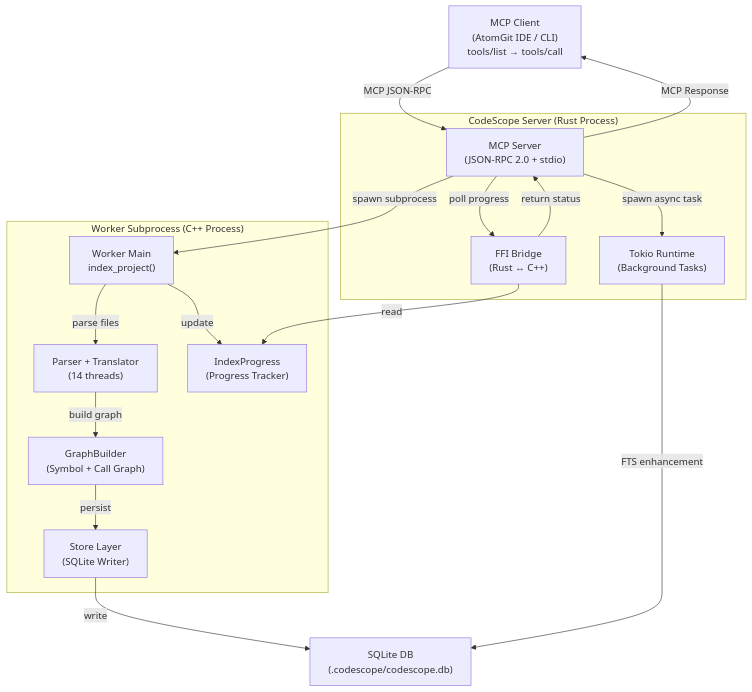
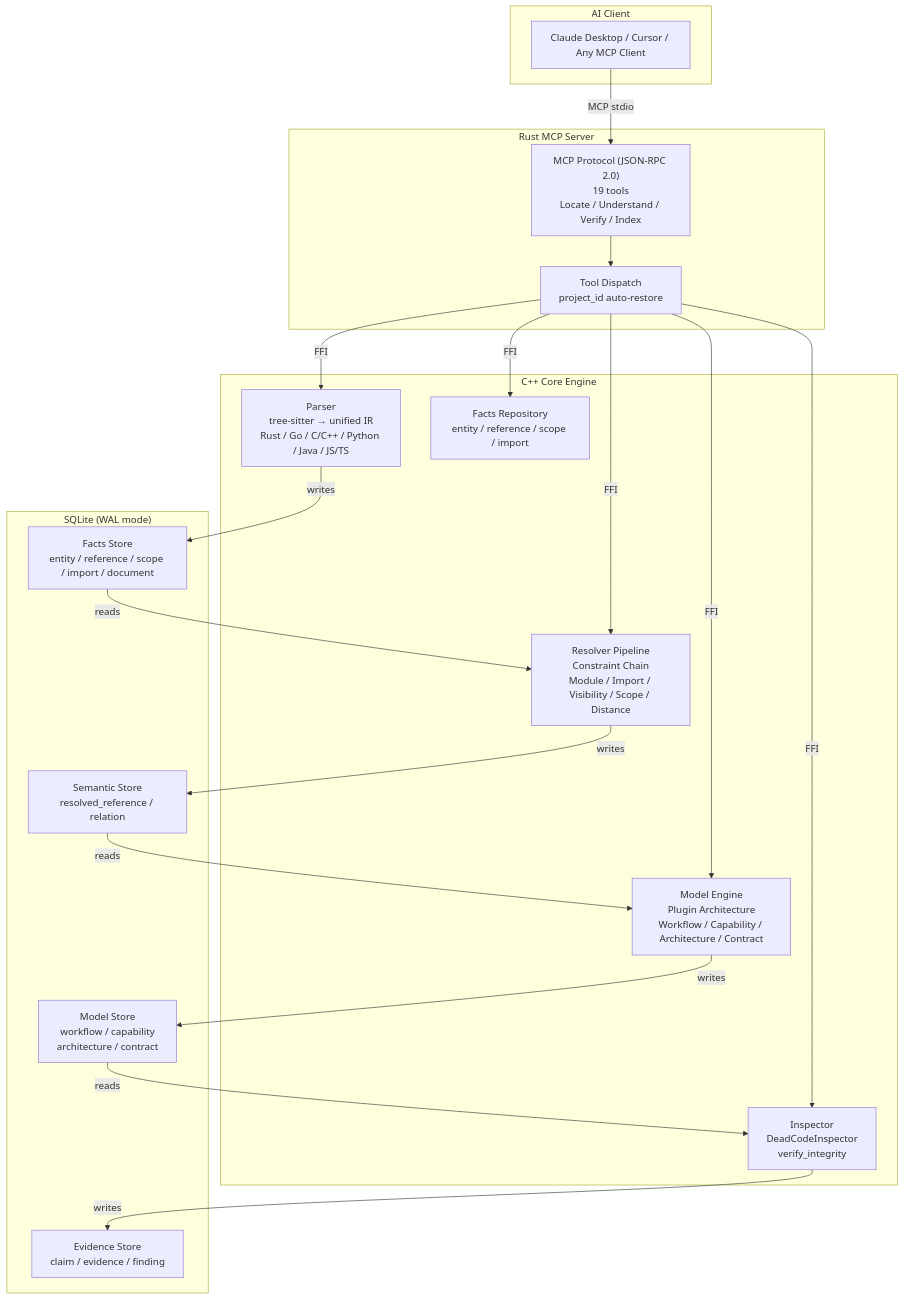
Before and after one commit to Timwood0x10/CodeScope: the first of 7 diagrams in docs/en/architecture.md, drawn with Mermaid. The commit also changed other lines of this file and 12 other files, not shown here.

Commit message:
feat(verify): add documentation drift detection tool

````diff
--- a/docs/en/architecture.md
+++ b/docs/en/architecture.md
@@ -14,37 +14,42 @@
 ```mermaid
 flowchart TB
-    Client["MCP Client<br/>(AtomGit IDE / CLI)<br/>tools/list → tools/call"]
-
-    subgraph ServerProcess["CodeScope Server (Rust Process)"]
-        MCPServer["MCP Server<br/>(JSON-RPC 2.0 + stdio)"]
-        FFIBridge["FFI Bridge<br/>(Rust ↔ C++)"]
-        TokioRT["Tokio Runtime<br/>(Background Tasks)"]
+    subgraph "AI Client"
+        Client["Claude Desktop / Cursor / Any MCP Client"]
     end
 
-    subgraph WorkerProcess["Worker Subprocess (C++ Process)"]
-        WorkerMain["Worker Main<br/>index_project()"]
-        Parser["Parser + Translator<br/>(14 threads)"]
-        GraphBuilder["GraphBuilder<br/>(Symbol + Call Graph)"]
-        Store["Store Layer<br/>(SQLite Writer)"]
-        Progress["IndexProgress<br/>(Progress Tracker)"]
+    subgraph "Rust MCP Server"
+        MCP["MCP Protocol (JSON-RPC 2.0)<br/>19 tools<br/>Locate / Understand / Verify / Index"]
+        DISPATCH["Tool Dispatch<br/>project_id auto-restore"]
     end
 
-    Database["SQLite DB<br/>(.codescope/codescope.db)"]
+    subgraph "C++ Core Engine"
+        PARSER["Parser<br/>tree-sitter → unified IR<br/>Rust / Go / C/C++ / Python / Java / JS/TS"]
+        FACTS["Facts Repository<br/>entity / reference / scope / import"]
+        RESOLVER["Resolver Pipeline<br/>Constraint Chain<br/>Module / Import / Visibility / Scope / Distance"]
+        MODEL["Model Engine<br/>Plugin Architecture<br/>Workflow / Capability / Architecture / Contract"]
+        INSPECTOR["Inspector<br/>DeadCodeInspector<br/>verify_integrity"]
+    end
 
-    Client -->|"MCP JSON-RPC"| MCPServer
-    MCPServer -->|"spawn subprocess"| WorkerMain
-    WorkerMain -->|"parse files"| Parser
-    Parser -->|"build graph"| GraphBuilder
-    GraphBuilder -->|"persist"| Store
-    Store -->|"write"| Database
-    WorkerMain -->|"update"| Progress
+    subgraph "SQLite (WAL mode)"
+        F_STORE["Facts Store<br/>entity / reference / scope / import / document"]
+        S_STORE["Semantic Store<br/>resolved_reference / relation"]
+        M_STORE["Model Store<br/>workflow / capability<br/>architecture / contract"]
+        E_STORE["Evidence Store<br/>claim / evidence / finding"]
+    end
 
-    MCPServer -->|"poll progress"| FFIBridge
-    FFIBridge -->|"read"| Progress
-    FFIBridge -->|"return status"| MCPServer
+    Client -->|"MCP stdio"| MCP
+    MCP --> DISPATCH
+    DISPATCH -->|"FFI"| PARSER
+    DISPATCH -->|"FFI"| FACTS
+    DISPATCH -->|"FFI"| RESOLVER
+    DISPATCH -->|"FFI"| MODEL
+    DISPATCH -->|"FFI"| INSPECTOR
 
-    MCPServer -->|"spawn async task"| TokioRT
-    TokioRT -->|"FTS enhancement"| Database
-
-    MCPServer -->|"MCP Response"| Client
+    PARSER -->|"writes"| F_STORE
+    F_STORE -->|"reads"| RESOLVER
+    RESOLVER -->|"writes"| S_STORE
+    S_STORE -->|"reads"| MODEL
+    MODEL -->|"writes"| M_STORE
+    M_STORE -->|"reads"| INSPECTOR
+    INSPECTOR -->|"writes"| E_STORE
 ```
````
